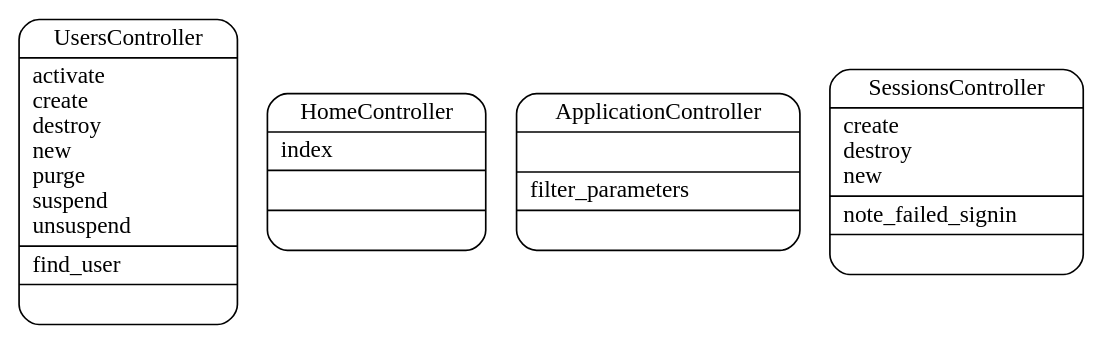
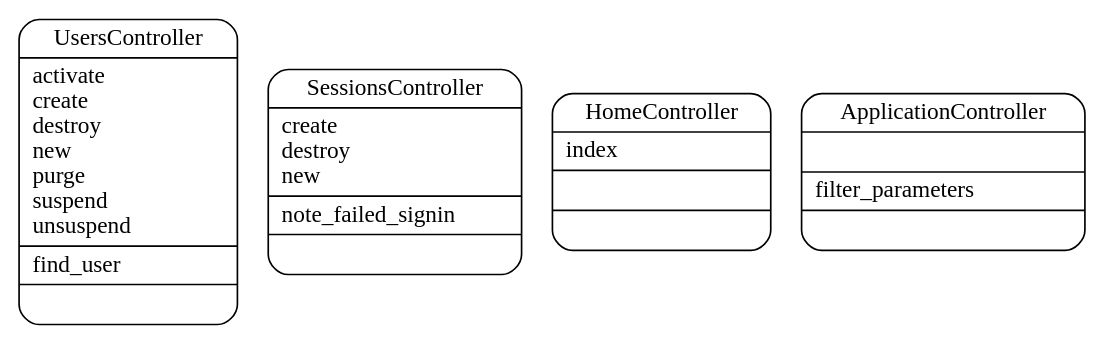
The diagram in doc/controller.dot (AnthonyDiGirolamo/dms), drawn with Graphviz before and after one commit. The commit also changed other lines of this file and 4 other files, not shown here.

Commit message:
Updated diagrams

```diff
--- a/doc/controller.dot
+++ b/doc/controller.dot
@@ -1,8 +1,8 @@
 digraph controllers_diagram {
 	graph[overlap=false, splines=true]
 	"UsersController" [shape=Mrecord, label="{UsersController|activate\lcreate\ldestroy\lnew\lpurge\lsuspend\lunsuspend\l|find_user\l|\l}"]
+	"SessionsController" [shape=Mrecord, label="{SessionsController|create\ldestroy\lnew\l|note_failed_signin\l|\l}"]
 	"HomeController" [shape=Mrecord, label="{HomeController|index\l|\l|\l}"]
 	"ApplicationController" [shape=Mrecord, label="{ApplicationController|\l|filter_parameters\l|\l}"]
-	"SessionsController" [shape=Mrecord, label="{SessionsController|create\ldestroy\lnew\l|note_failed_signin\l|\l}"]
 	"ApplicationController" [shape=Mrecord, label="{ApplicationController|\l|filter_parameters\l|\l}"]
 }
```
